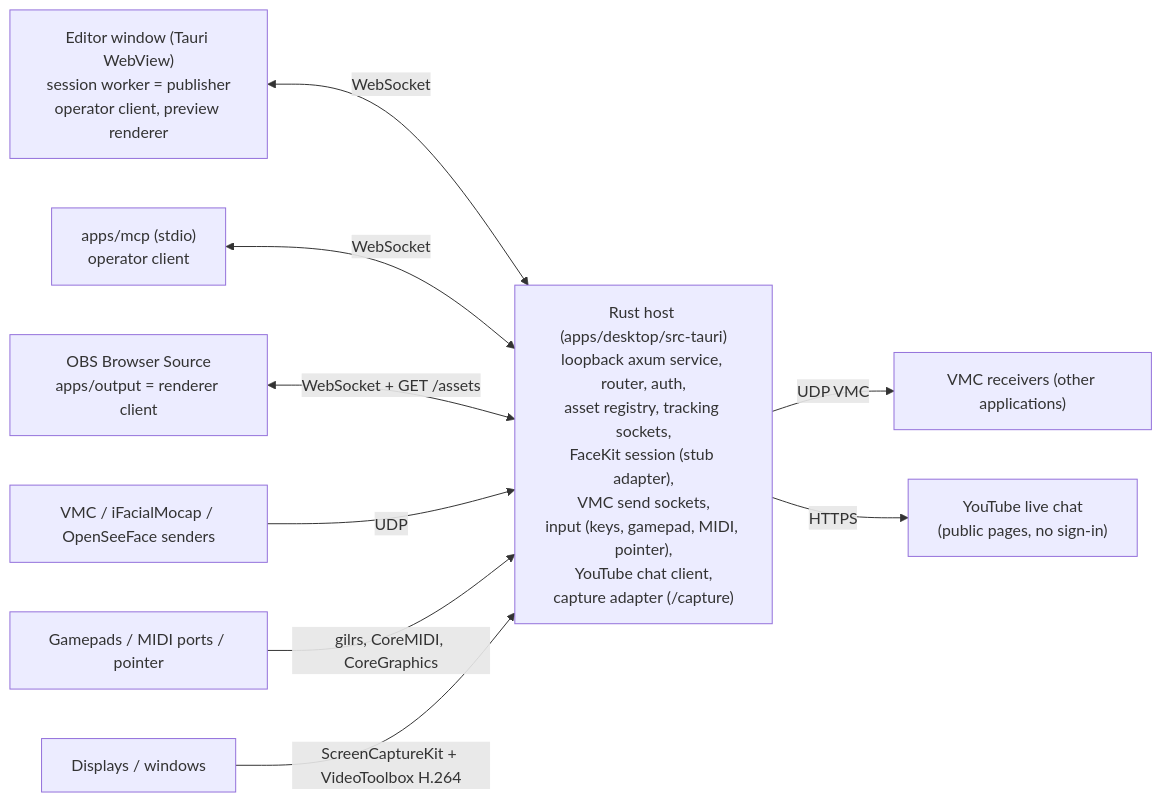
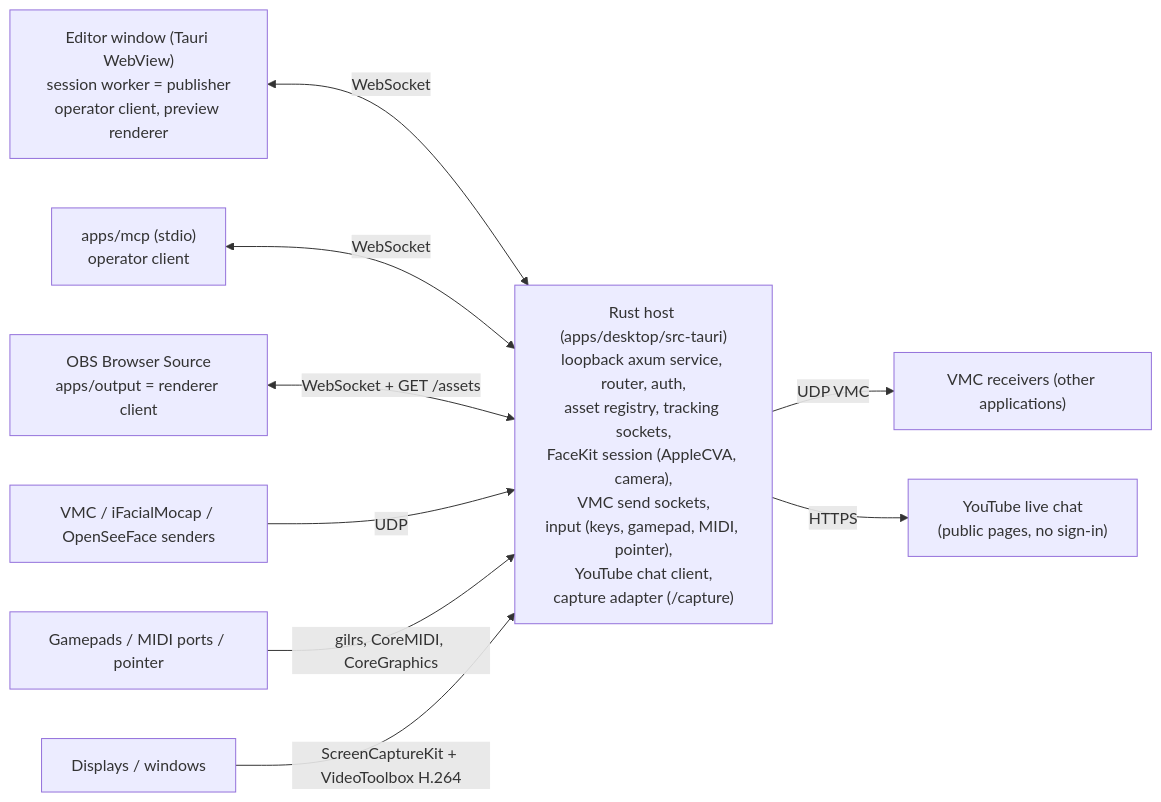
One commit to danirukun/opensekai changed the diagram in ARCHITECTURE.md. Above: the diagram before and after it, drawn with Mermaid. The commit also changed other lines of this file and 8 other files, not shown here.

Commit message:
Add the macOS FaceKit adapter (TRK-24 B33)

````diff
--- a/ARCHITECTURE.md
+++ b/ARCHITECTURE.md
@@ -7,12 +7,12 @@
 ```mermaid
 flowchart LR
   Editor["Editor window (Tauri WebView)\nsession worker = publisher\noperator client, preview renderer"] <-->|WebSocket| Host
   MCP["apps/mcp (stdio)\noperator client"] <-->|WebSocket| Host
   OBS["OBS Browser Source\napps/output = renderer client"] <-->|WebSocket + GET /assets| Host
-  Host["Rust host (apps/desktop/src-tauri)\nloopback axum service, router, auth,\nasset registry, tracking sockets,\nFaceKit session (stub adapter),\nVMC send sockets,\ninput (keys, gamepad, MIDI, pointer),\nYouTube chat client,\ncapture adapter (/capture)"]
+  Host["Rust host (apps/desktop/src-tauri)\nloopback axum service, router, auth,\nasset registry, tracking sockets,\nFaceKit session (AppleCVA, camera),\nVMC send sockets,\ninput (keys, gamepad, MIDI, pointer),\nYouTube chat client,\ncapture adapter (/capture)"]
   Trackers["VMC / iFacialMocap / OpenSeeFace senders"] -->|UDP| Host
   Host -->|UDP VMC| Receivers["VMC receivers (other applications)"]
   Devices["Gamepads / MIDI ports / pointer"] -->|gilrs, CoreMIDI, CoreGraphics| Host
   Host -->|HTTPS| YouTube["YouTube live chat\n(public pages, no sign-in)"]
   Desktop["Displays / windows"] -->|ScreenCaptureKit + VideoToolbox H.264| Host
 ```
````
